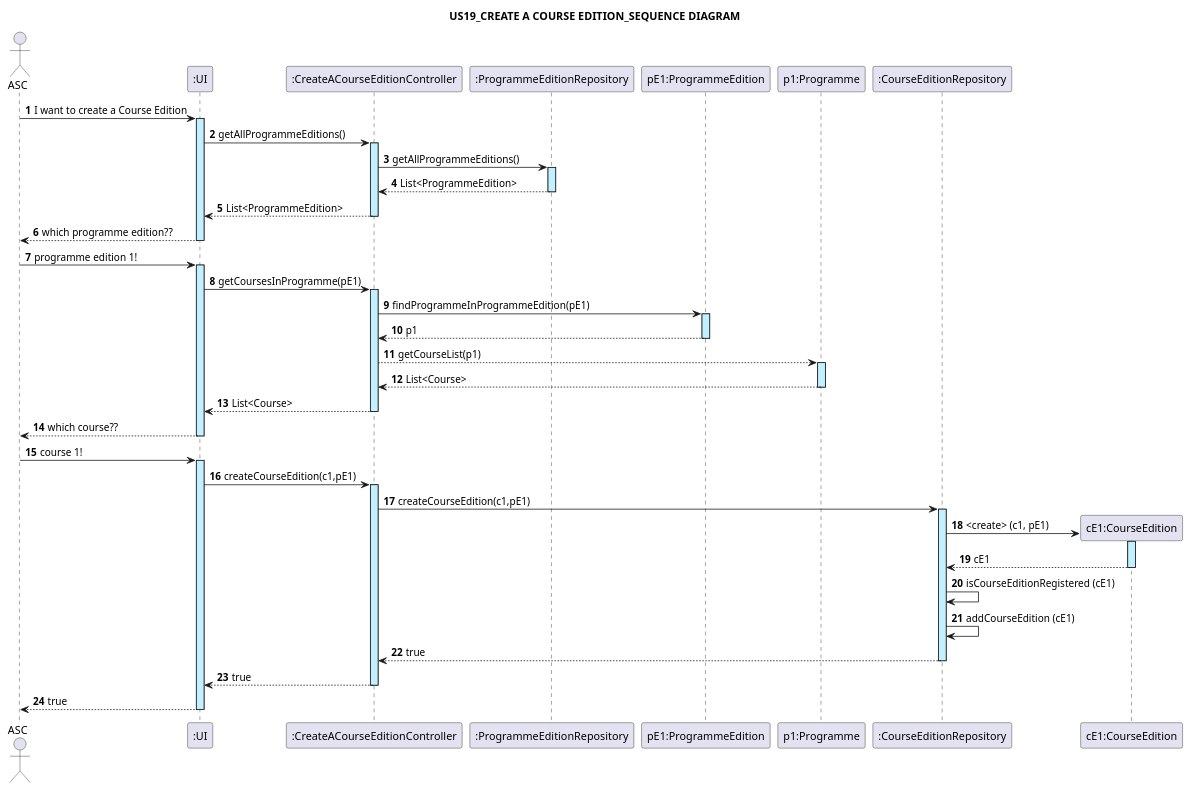
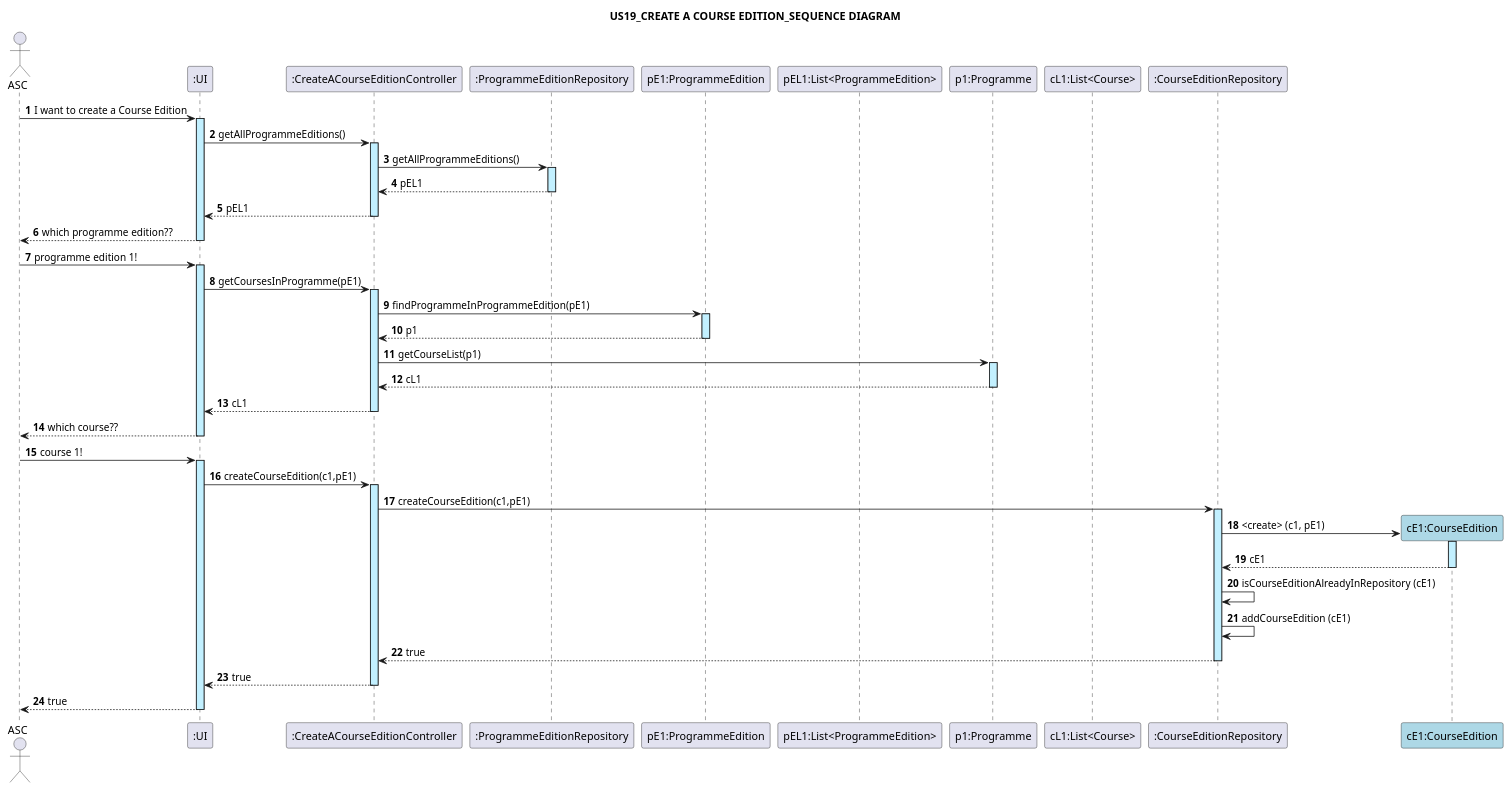
The diagram in docs/sequenceDiagrams/US19/US19_CreateACourseEdition.puml (GasparISEP/DevOps-PAI), drawn with PlantUML before and after one commit. The commit also changed 1 other file, not shown here.

Commit message:
US19_correction in sequence diagram

```diff
--- a/docs/sequenceDiagrams/US19/US19_CreateACourseEdition.puml
+++ b/docs/sequenceDiagrams/US19/US19_CreateACourseEdition.puml
@@ -1,47 +1,50 @@
 @startuml
 title: US19_CREATE A COURSE EDITION_SEQUENCE DIAGRAM
 autonumber
 
 actor ASC
 participant ":UI" as UI
 participant ":CreateACourseEditionController" as CT
 participant ":ProgrammeEditionRepository" as PER
 participant "pE1:ProgrammeEdition" as PE
+participant "pEL1:List<ProgrammeEdition>" as PEL
 participant "p1:Programme" as PG
+participant "cL1:List<Course>" as CL
 participant ":CourseEditionRepository" as CER
 
 ASC -> UI ++ #application :  I want to create a Course Edition
 UI -> CT ++ #application: getAllProgrammeEditions()
 CT -> PER ++ #application: getAllProgrammeEditions()
-PER --> CT -- : List<ProgrammeEdition>
-CT --> UI -- : List<ProgrammeEdition>
+PER --> CT -- : pEL1
+CT --> UI -- : pEL1
 UI --> ASC -- : which programme edition??
 
 
 ASC -> UI ++ #application : programme edition 1!
 UI -> CT ++ #application: getCoursesInProgramme(pE1)
 CT -> PE ++ #application: findProgrammeInProgrammeEdition(pE1)
 PE --> CT -- : p1
 
-CT --> PG ++ #application: getCourseList(p1)
-PG --> CT -- : List<Course>
-CT --> UI -- : List<Course>
+CT -> PG ++ #application: getCourseList(p1)
+
+PG --> CT -- : cL1
+CT --> UI -- : cL1
 UI --> ASC -- : which course??
 
 
 ASC -> UI ++ #application : course 1!
 UI -> CT ++ #application : createCourseEdition(c1,pE1)
 CT -> CER ++ #application : createCourseEdition(c1,pE1)
 
 
-create "cE1:CourseEdition" as CE
+create "cE1:CourseEdition" as CE #lightblue
 CER -> CE ++ #application : <create> (c1, pE1)
 CE --> CER -- : cE1
-CER -> CER : isCourseEditionRegistered (cE1)
+CER -> CER : isCourseEditionAlreadyInRepository (cE1)
 CER -> CER : addCourseEdition (cE1)
 
 CER --> CT --: true
 CT --> UI --: true
 UI --> ASC --: true
 
 @enduml
```
